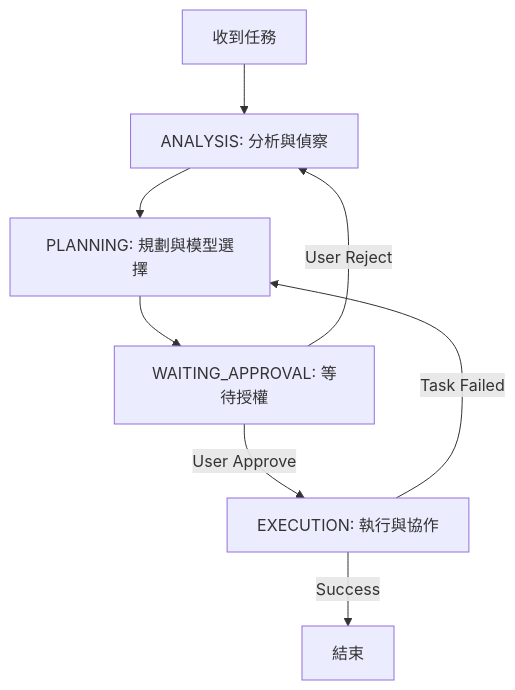
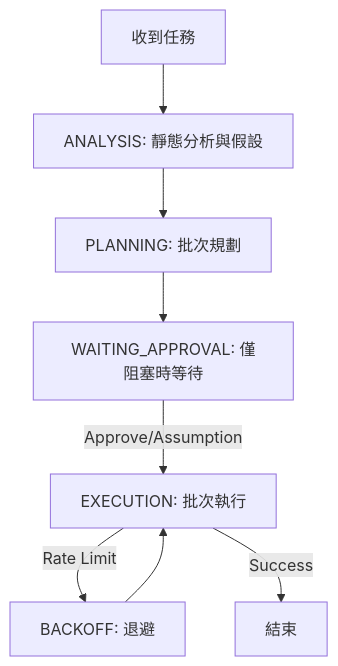
The diagram in templates/skills/agent-workflow/SKILL.md (Raw1mage/opencms), drawn with Mermaid before and after one commit. The commit also changed other lines of this file and 10 other files, not shown here.

````diff
--- a/templates/skills/agent-workflow/SKILL.md
+++ b/templates/skills/agent-workflow/SKILL.md
@@ -10,10 +18,10 @@
 ```mermaid
 graph TD
-    Start[收到任務] --> Analysis[ANALYSIS: 分析與偵察]
-    Analysis --> Planning[PLANNING: 規劃與模型選擇]
-    Planning --> Waiting[WAITING_APPROVAL: 等待授權]
-    Waiting -->|User Reject| Analysis
-    Waiting -->|User Approve| Execution[EXECUTION: 執行與協作]
-    Execution -->|Task Failed| Planning
+    Start[收到任務] --> Analysis[ANALYSIS: 靜態分析與假設]
+    Analysis --> Planning[PLANNING: 批次規劃]
+    Planning --> Waiting[WAITING_APPROVAL: 僅阻塞時等待]
+    Waiting -->|Approve/Assumption| Execution[EXECUTION: 批次執行]
+    Execution -->|Rate Limit| Backoff[BACKOFF: 退避]
+    Backoff --> Execution
     Execution -->|Success| Finish[結束]
 ```
````
